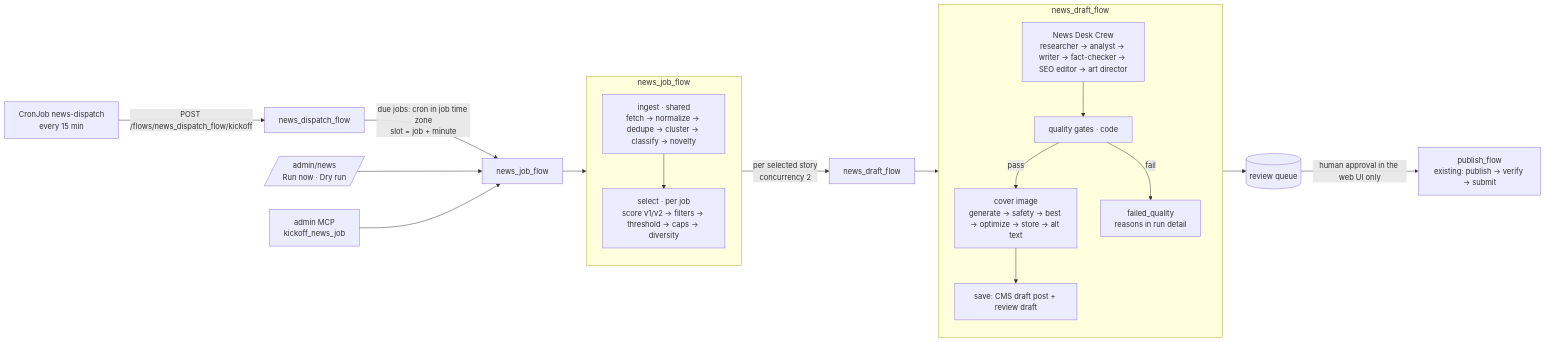
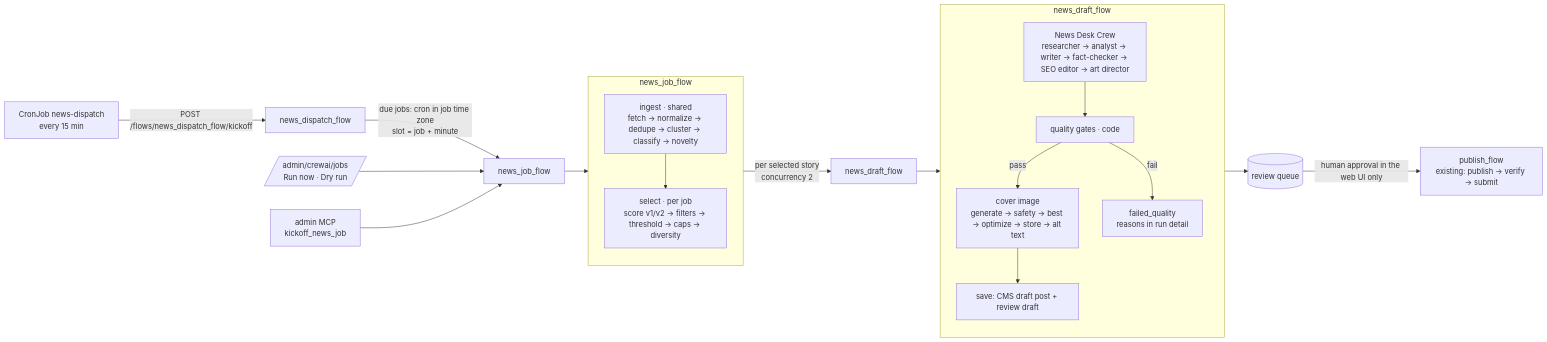
One commit to mrjithendar/moks-cms changed the first of 2 diagrams in docs/news/ARCHITECTURE.md. Above: the diagram before and after it, drawn with Mermaid. The commit also changed 40 other files, not shown here.

First line of the commit message:
feat(admin): crew jobs under AI & SEO (no Newsroom); WordPress-style menu

````diff
--- a/docs/news/ARCHITECTURE.md
+++ b/docs/news/ARCHITECTURE.md
@@ -21,23 +21,23 @@
 ```mermaid
 flowchart LR
   CJ[CronJob news-dispatch<br/>every 15 min] -->|POST /flows/news_dispatch_flow/kickoff| D[news_dispatch_flow]
   D -->|due jobs: cron in job time zone<br/>slot = job + minute| J[news_job_flow]
-  UI[/admin/news<br/>Run now · Dry run/] --> J
+  UI[/admin/crewai/jobs<br/>Run now · Dry run/] --> J
   MCP[admin MCP<br/>kickoff_news_job] --> J
   subgraph J1[news_job_flow]
     direction TB
     I[ingest · shared<br/>fetch → normalize → dedupe → cluster → classify → novelty] --> S[select · per job<br/>score v1/v2 → filters → threshold → caps → diversity]
   end
   J --> J1
   S -->|per selected story<br/>concurrency 2| DR[news_draft_flow]
   subgraph DR1[news_draft_flow]
     direction TB
     C[News Desk Crew<br/>researcher → analyst → writer → fact-checker → SEO editor → art director] --> Q[quality gates · code]
     Q -->|pass| IMG[cover image<br/>generate → safety → best → optimize → store → alt text]
     IMG --> SV[save: CMS draft post + review draft]
     Q -->|fail| FQ[failed_quality<br/>reasons in run detail]
   end
   DR --> DR1
   SV --> RQ[(review queue)]
   RQ -->|human approval in the web UI only| PF[publish_flow<br/>existing: publish → verify → submit]
 ```
````
